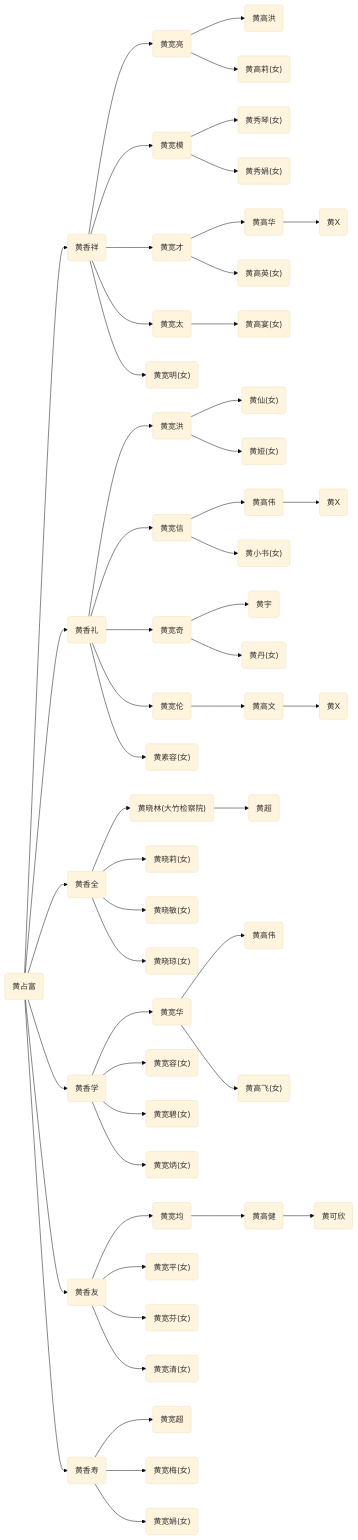
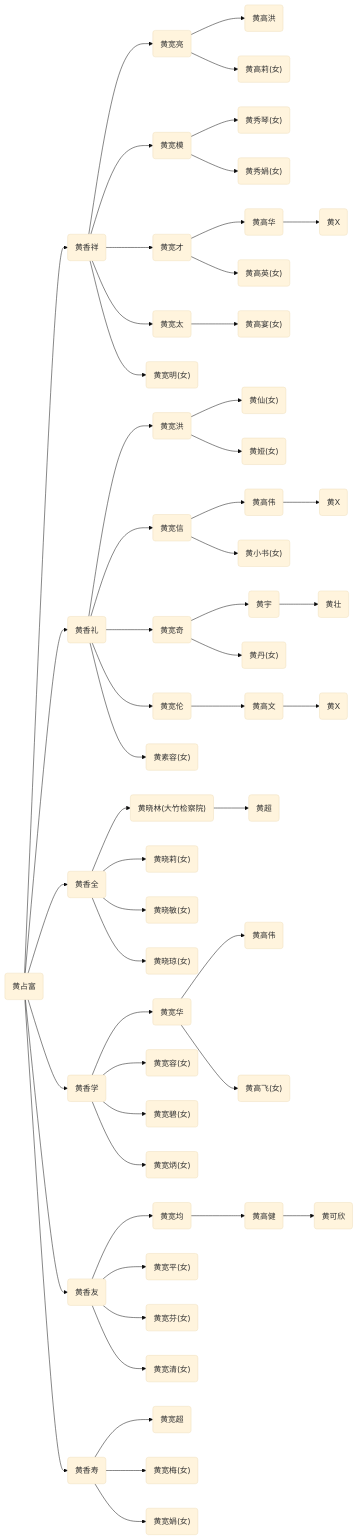
Before and after one commit to jeanim/jiapu: the fourth of 6 diagrams in contents/chapter3.md, drawn with Mermaid (base theme). The commit also changed other lines of this file, not shown here.

```diff
--- a/contents/chapter3.md
+++ b/contents/chapter3.md
@@ -327,56 +327,57 @@
 {% mermaid %}
 graph LR;
   huangzhanfu("黄占富")-->huangxiangxiang("黄香祥");
   huangxiangxiang("黄香祥")-->huangkuanliang("黄宽亮");
   huangkuanliang("黄宽亮")-->huanggaohong("黄高洪");
   huangkuanliang("黄宽亮")-->huanggaoli("黄高莉(女)");
   huangxiangxiang("黄香祥")-->huangkuanmo("黄宽模");
   huangkuanmo("黄宽模")-->huangxiuqin("黄秀琴(女)");
   huangkuanmo("黄宽模")-->huangxiujuan("黄秀娟(女)");
   huangxiangxiang("黄香祥")-->huangkuancai("黄宽才");
   huangkuancai("黄宽才")-->huanggaohua("黄高华");
   huanggaohua("黄高华")-->huangx("黄X");
   huangkuancai("黄宽才")-->huanggaoying("黄高英(女)");
   huangxiangxiang("黄香祥")-->huangkuantai("黄宽太");
   huangkuantai("黄宽太")-->huanggaoyan("黄高宴(女)");
   huangxiangxiang("黄香祥")-->huangkuanming("黄宽明(女)");
   huangzhanfu("黄占富")-->huangxiangli("黄香礼");
   huangxiangli("黄香礼")-->huangkuanhong("黄宽洪");
   huangkuanhong("黄宽洪")-->huangxian("黄仙(女)");
   huangkuanhong("黄宽洪")-->huangya("黄娅(女)");
   huangxiangli("黄香礼")-->huangkuanxin("黄宽信");
   huangkuanxin("黄宽信")-->huanggaowei("黄高伟");
   huanggaowei("黄高伟")-->huangx2("黄X");
   huangkuanxin("黄宽信")-->huangxiaoshu("黄小书(女)");
   huangxiangli("黄香礼")-->huangkuanqi("黄宽奇");
   huangkuanqi("黄宽奇")-->huangyu("黄宇");
+  huangyu("黄宇")-->huangzhuang("黄壮");
   huangkuanqi("黄宽奇")-->huangdan("黄丹(女)");
   huangxiangli("黄香礼")-->huangkuanlun("黄宽伦");
   huangkuanlun("黄宽伦")-->huanggaowen("黄高文");
   huanggaowen("黄高文")-->huangx3("黄X");
   huangxiangli("黄香礼")-->huangsurong("黄素容(女)");
   huangzhanfu("黄占富")-->huangxiangquan("黄香全");
   huangxiangquan("黄香全")-->huagnxiaolin("黄晓林(大竹检察院)");
   huagnxiaolin("黄晓林(大竹检察院)")-->huangchao("黄超");
   huangxiangquan("黄香全")-->huagnxiaoli("黄晓莉(女)");
   huangxiangquan("黄香全")-->huagnxiaomin("黄晓敏(女)");
   huangxiangquan("黄香全")-->huagnxiaoqiong("黄晓琼(女)");
   huangzhanfu("黄占富")-->huangxiangxue("黄香学");
   huangxiangxue("黄香学")-->huangkuanhua("黄宽华");
   huangkuanhua("黄宽华")-->huanggaowei2("黄高伟");
   huangkuanhua("黄宽华")-->huanggaofei("黄高飞(女)");
   huangxiangxue("黄香学")-->huangkuanrong("黄宽容(女)");
   huangxiangxue("黄香学")-->huangkuanbi("黄宽碧(女)");
   huangxiangxue("黄香学")-->huangkuanbing("黄宽炳(女)");
   huangzhanfu("黄占富")-->huangxiangyou("黄香友");
   huangxiangyou("黄香友")-->huangkuanjun("黄宽均");
   huangkuanjun("黄宽均")-->huanggaojian("黄高健");
   huanggaojian("黄高健")-->huangkexin("黄可欣");
   huangxiangyou("黄香友")-->huangkuanping("黄宽平(女)");
   huangxiangyou("黄香友")-->huangkuanfen("黄宽芬(女)");
   huangxiangyou("黄香友")-->huangkuanqing("黄宽清(女)");
   huangzhanfu("黄占富")-->huangxiangshou("黄香寿");
   huangxiangshou("黄香寿")-->huangkuanchao("黄宽超");
   huangxiangshou("黄香寿")-->huangkuanmei("黄宽梅(女)");
   huangxiangshou("黄香寿")-->huangkuanjuan("黄宽娟(女)");
 {% endmermaid %}
```
